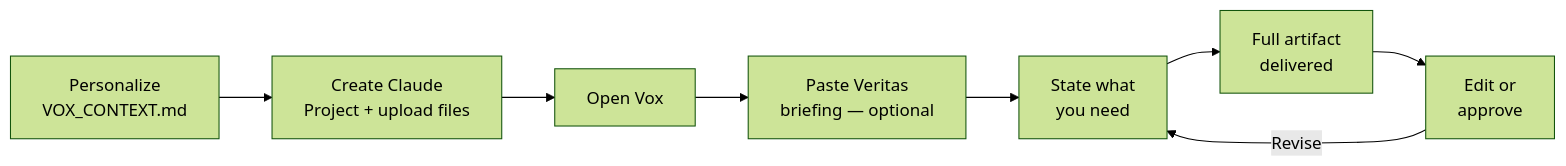
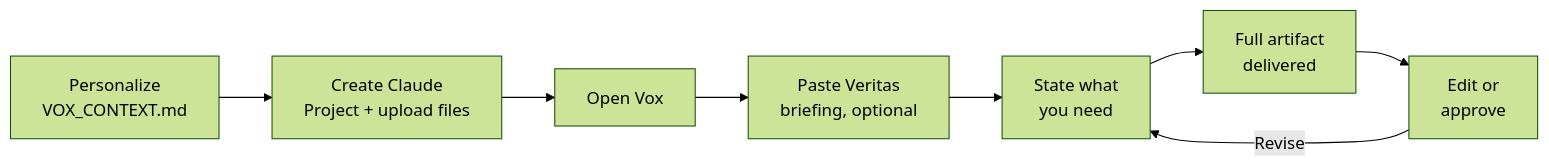
The diagram in vox/README.md (itworkssly/veritas), drawn with Mermaid (forest theme) before and after one commit. The commit also changed other lines of this file, not shown here.

````diff
--- a/vox/README.md
+++ b/vox/README.md
@@ -55,10 +55,10 @@
 ```mermaid
 flowchart LR
     A[Personalize\nVOX_CONTEXT.md] --> B[Create Claude\nProject + upload files]
     B --> C[Open Vox]
-    C --> D[Paste Veritas\nbriefing — optional]
+    C --> D[Paste Veritas\nbriefing, optional]
     D --> E[State what\nyou need]
     E --> F[Full artifact\ndelivered]
     F --> G[Edit or\napprove]
     G -->|Revise| E
 ```
````
